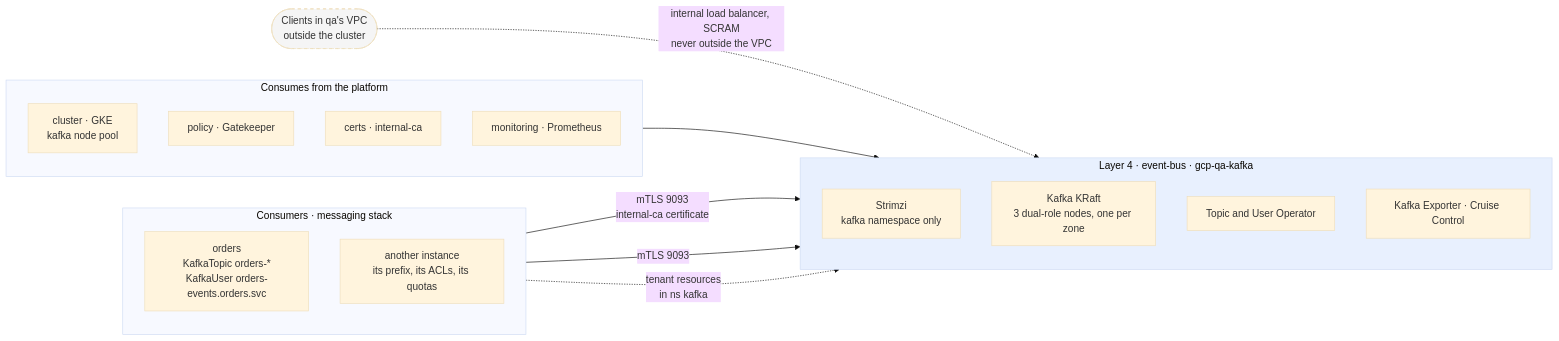
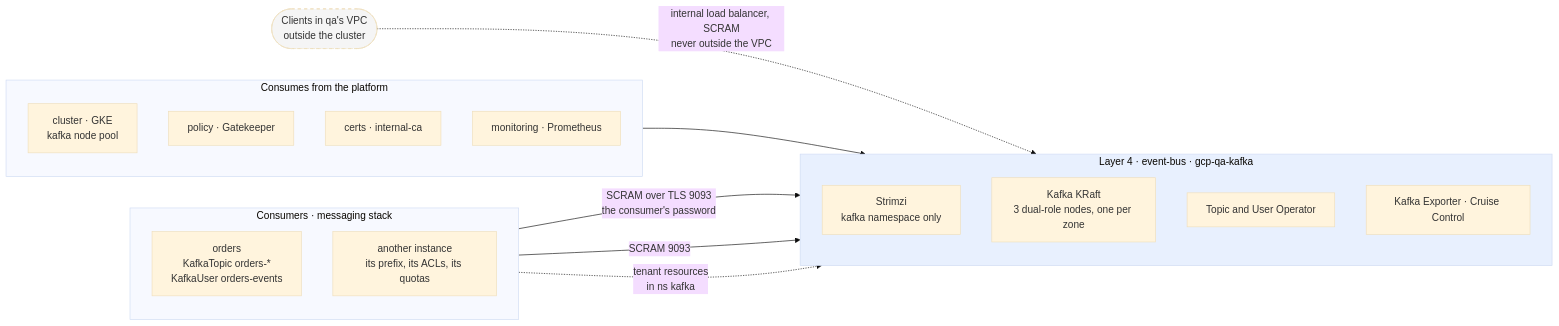
The diagram in docs/en/proposals/kafka-qa/diagrams/01-contexto.mmd (aescanero/proposal_documents), drawn with Mermaid (base theme) before and after one commit. The commit also changed 27 other files, not shown here.

First line of the commit message:
Move Kafka clients to SCRAM; add the private qa.internal zone and names (en and es)

```diff
--- a/docs/en/proposals/kafka-qa/diagrams/01-contexto.mmd
+++ b/docs/en/proposals/kafka-qa/diagrams/01-contexto.mmd
@@ -1,33 +1,33 @@
 flowchart LR
     subgraph PLAT["Consumes from the platform"]
         direction TB
         CL["cluster · GKE<br/>kafka node pool"]
         PO["policy · Gatekeeper"]
         CE["certs · internal-ca"]
         MO["monitoring · Prometheus"]
     end
 
     subgraph L4["Layer 4 · event-bus · gcp-qa-kafka"]
         direction TB
         OP["Strimzi<br/>kafka namespace only"]
         KC["Kafka KRaft<br/>3 dual-role nodes, one per zone"]
         EO["Topic and User Operator"]
         EX["Kafka Exporter · Cruise Control"]
     end
 
     subgraph CONS["Consumers · messaging stack"]
         direction TB
-        A["orders<br/>KafkaTopic orders-*<br/>KafkaUser orders-events.orders.svc"]
+        A["orders<br/>KafkaTopic orders-*<br/>KafkaUser orders-events"]
         B["another instance<br/>its prefix, its ACLs, its quotas"]
     end
 
     EXT(["Clients in qa's VPC<br/>outside the cluster"])
 
     PLAT --> L4
-    A -->|"mTLS 9093<br/>internal-ca certificate"| KC
-    B -->|"mTLS 9093"| KC
+    A -->|"SCRAM over TLS 9093<br/>the consumer's password"| KC
+    B -->|"SCRAM 9093"| KC
     A -. "tenant resources<br/>in ns kafka" .-> EO
     EXT -. "internal load balancer, SCRAM<br/>never outside the VPC" .-> KC
 
     style L4 fill:#e8f0fe
     style EXT fill:#f5f5f5,stroke-dasharray: 5 5
```
